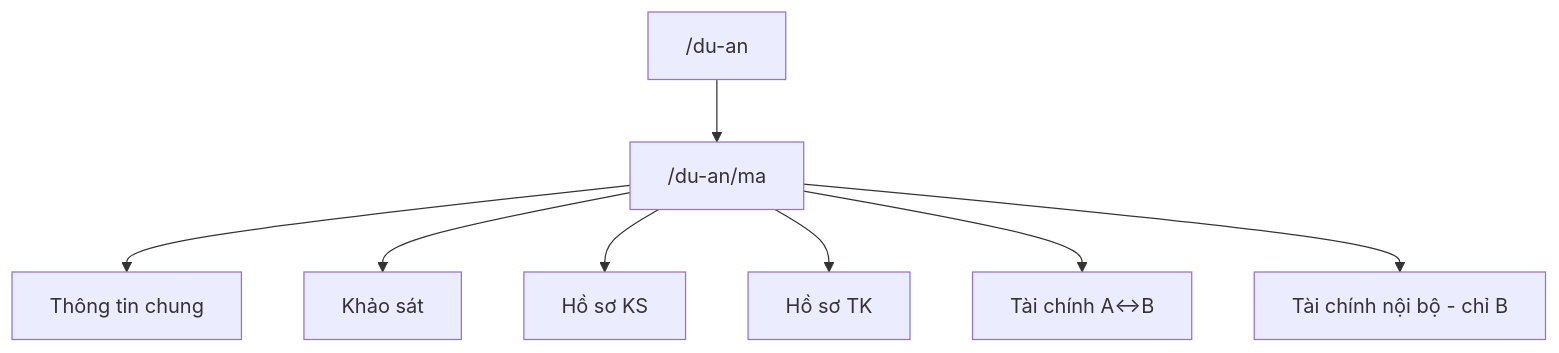
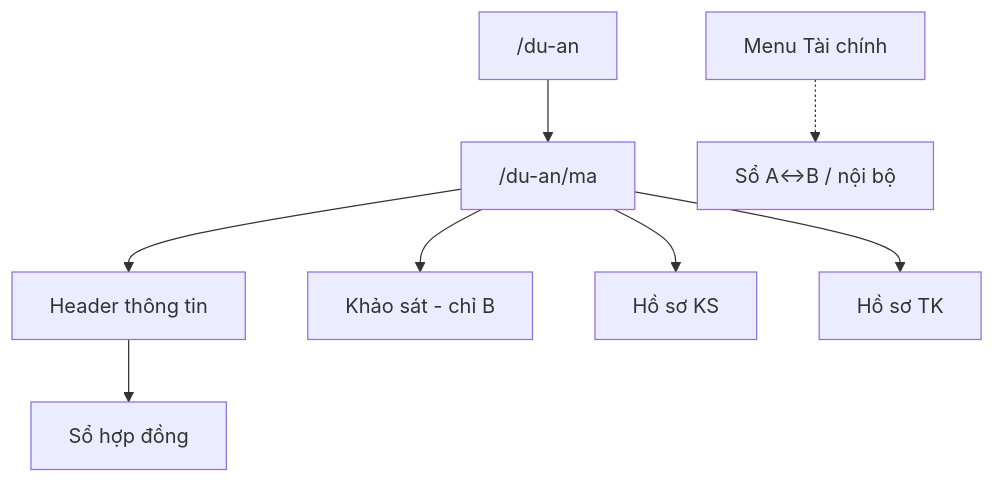
One commit to iSurvey86/outsource changed the diagram in workflows/02_du_an.md. Above: the diagram before and after it, drawn with Mermaid. The commit also changed other lines of this file and 92 other files, not shown here.

First line of the commit message:
Release OUTSRC 0.3.0: sổ hợp đồng và hồ sơ theo thư mục.

````diff
--- a/workflows/02_du_an.md
+++ b/workflows/02_du_an.md
@@ -20,10 +19,10 @@
 ```mermaid
 flowchart TD
   Catalog["/du-an"] --> WS["/du-an/ma"]
-  WS --> Info[Thông tin chung]
-  WS --> KS[Khảo sát]
+  WS --> Info[Header thông tin]
+  Info --> SoHD[Sổ hợp đồng]
+  WS --> KS[Khảo sát - chỉ B]
   WS --> HS_KS[Hồ sơ KS]
   WS --> HS_TK[Hồ sơ TK]
-  WS --> TC[Tài chính A↔B]
-  WS --> NB[Tài chính nội bộ - chỉ B]
+  MenuTC[Menu Tài chính] -.-> TC[Sổ A↔B / nội bộ]
 ```
````
